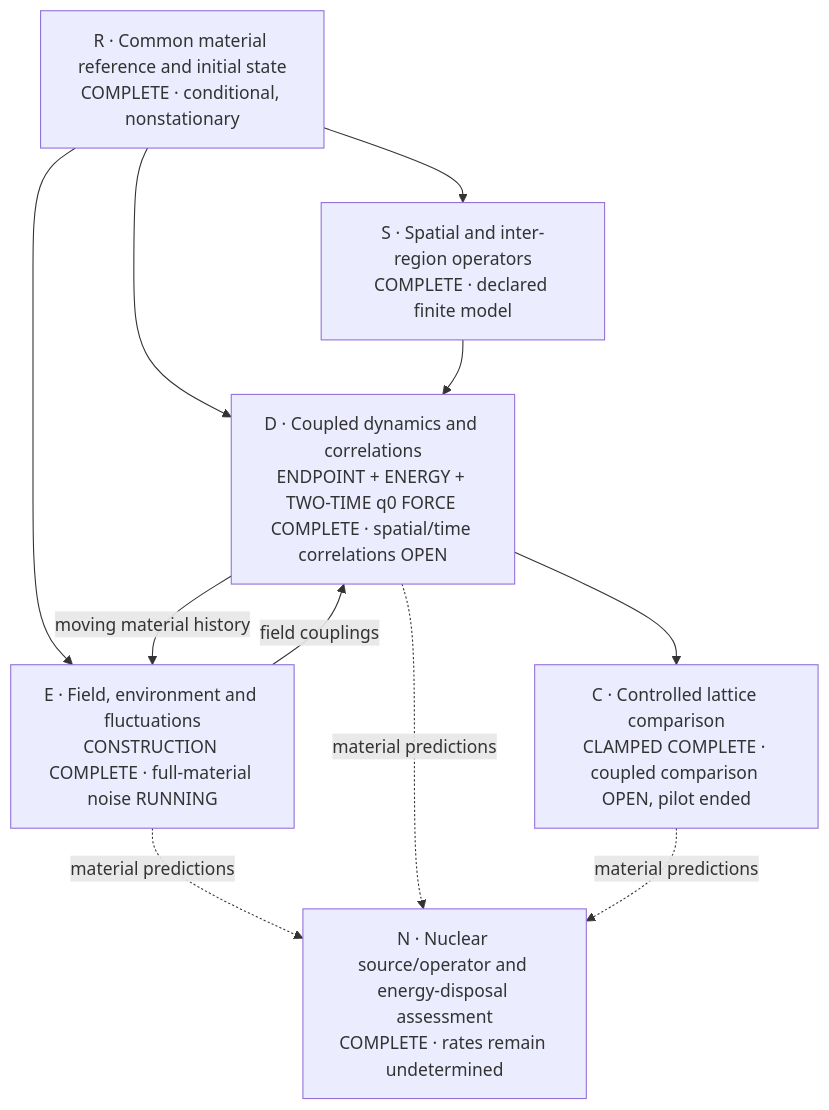
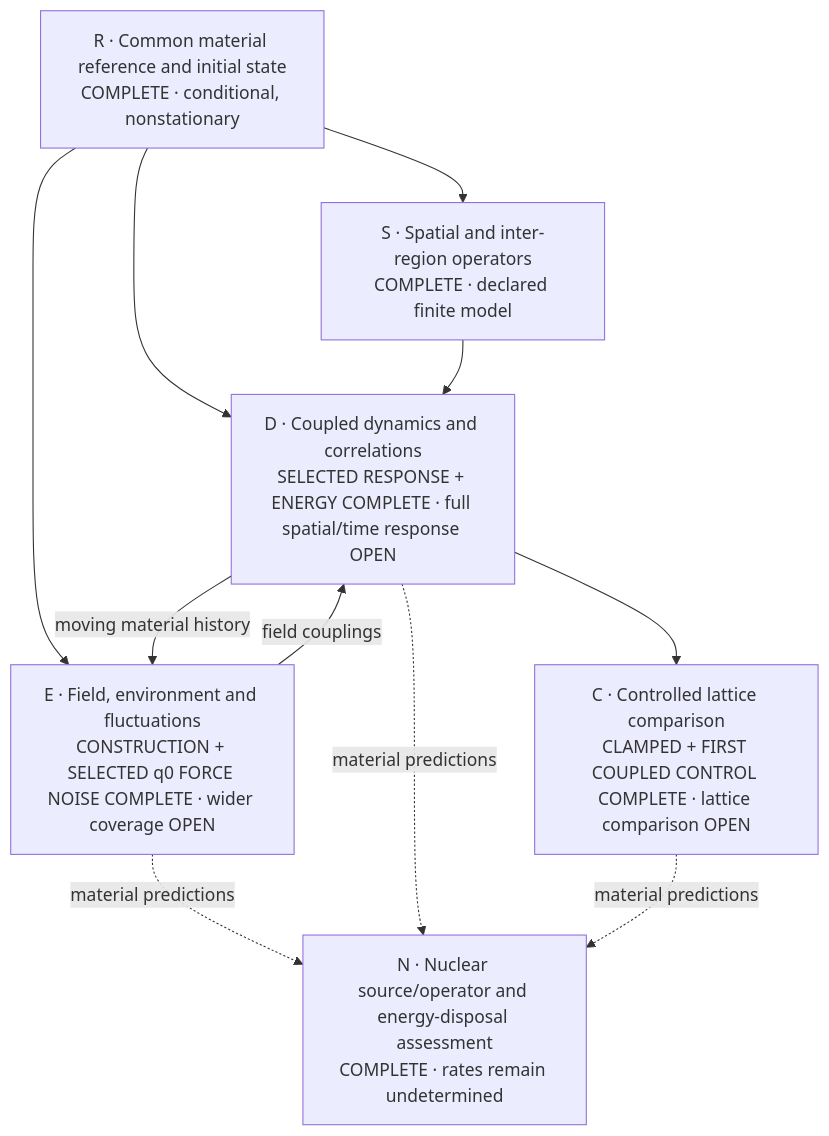
Before and after one commit to vantasnerdan/substrate-framework: the first of 2 diagrams in proposals/P254-ni-collective-response/SOLUTION.md, drawn with Mermaid. The commit also changed other lines of this file and 71 other files, not shown here.

Commit message:
Complete selected material covariance and saved atom response controls

````diff
--- a/proposals/P254-ni-collective-response/SOLUTION.md
+++ b/proposals/P254-ni-collective-response/SOLUTION.md
@@ -18,19 +18,19 @@
 ```mermaid
 flowchart TD
     R["R · Common material reference and initial state\nCOMPLETE · conditional, nonstationary"]
     S["S · Spatial and inter-region operators\nCOMPLETE · declared finite model"]
-    E["E · Field, environment and fluctuations\nCONSTRUCTION COMPLETE · full-material noise RUNNING"]
-    D["D · Coupled dynamics and correlations\nENDPOINT + ENERGY + TWO-TIME q0 FORCE COMPLETE · spatial/time correlations OPEN"]
-    C["C · Controlled lattice comparison\nCLAMPED COMPLETE · coupled comparison OPEN, pilot ended"]
+    E["E · Field, environment and fluctuations\nCONSTRUCTION + SELECTED q0 FORCE NOISE COMPLETE · wider coverage OPEN"]
+    D["D · Coupled dynamics and correlations\nSELECTED RESPONSE + ENERGY COMPLETE · full spatial/time response OPEN"]
+    C["C · Controlled lattice comparison\nCLAMPED + FIRST COUPLED CONTROL COMPLETE · lattice comparison OPEN"]
     N["N · Nuclear source/operator and energy-disposal assessment\nCOMPLETE · rates remain undetermined"]
     R --> S
     R --> E
     R --> D
     S --> D
     E -- "field couplings" --> D
     D -- "moving material history" --> E
     D --> C
     E -. "material predictions" .-> N
     D -. "material predictions" .-> N
     C -. "material predictions" .-> N
 ```
````
